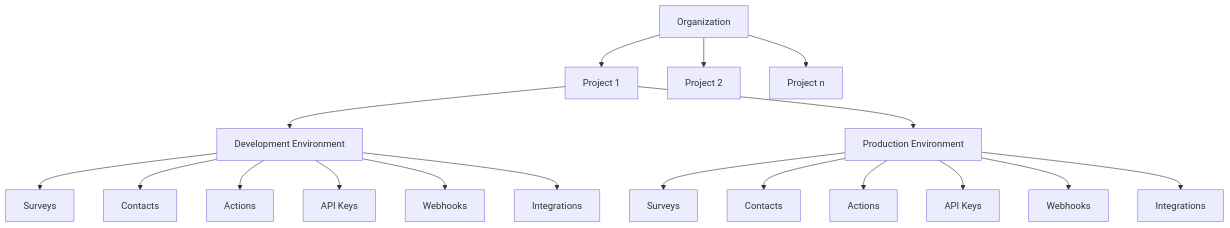
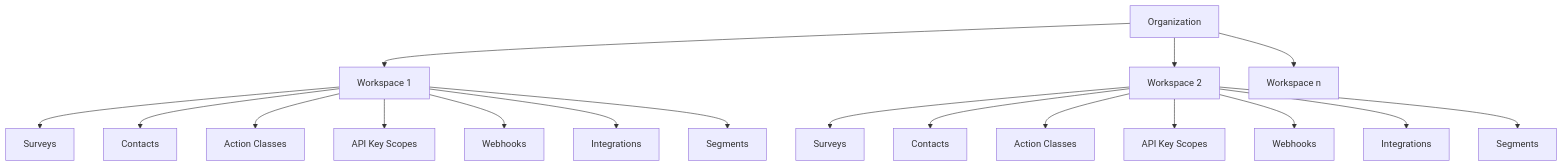
The diagram in docs/development/technical-handbook/tenant-separation.mdx (formbricks/formbricks), drawn with Mermaid before and after one commit. The commit also changed other lines of this file and 28 other files, not shown here.

````diff
--- a/docs/development/technical-handbook/tenant-separation.mdx
+++ b/docs/development/technical-handbook/tenant-separation.mdx
@@ -19,23 +19,22 @@
 ```mermaid
 graph TD
-    Organization[Organization] --> Project1[Project 1]
-    Organization --> Project2[Project 2]
-    Organization --> ProjectN[Project n]
-    
-    Project1 --> DevEnv1[Development Environment]
-    Project1 --> ProdEnv1[Production Environment]
-    
-    DevEnv1 --> Survey1[Surveys]
-    DevEnv1 --> Contact1[Contacts]
-    DevEnv1 --> Action1[Actions]
-    DevEnv1 --> ApiKey1[API Keys]
-    DevEnv1 --> Webhook1[Webhooks]
-    DevEnv1 --> Integration1[Integrations]
-    
-    ProdEnv1 --> Survey2[Surveys]
-    ProdEnv1 --> Contact2[Contacts]
-    ProdEnv1 --> Action2[Actions]
-    ProdEnv1 --> ApiKey2[API Keys]
-    ProdEnv1 --> Webhook2[Webhooks]
-    ProdEnv1 --> Integration2[Integrations]
+    Organization[Organization] --> Workspace1[Workspace 1]
+    Organization --> Workspace2[Workspace 2]
+    Organization --> WorkspaceN[Workspace n]
+
+    Workspace1 --> Survey1[Surveys]
+    Workspace1 --> Contact1[Contacts]
+    Workspace1 --> Action1[Action Classes]
+    Workspace1 --> ApiKeyScope1[API Key Scopes]
+    Workspace1 --> Webhook1[Webhooks]
+    Workspace1 --> Integration1[Integrations]
+    Workspace1 --> Segment1[Segments]
+
+    Workspace2 --> Survey2[Surveys]
+    Workspace2 --> Contact2[Contacts]
+    Workspace2 --> Action2[Action Classes]
+    Workspace2 --> ApiKeyScope2[API Key Scopes]
+    Workspace2 --> Webhook2[Webhooks]
+    Workspace2 --> Integration2[Integrations]
+    Workspace2 --> Segment2[Segments]
 ```
````
